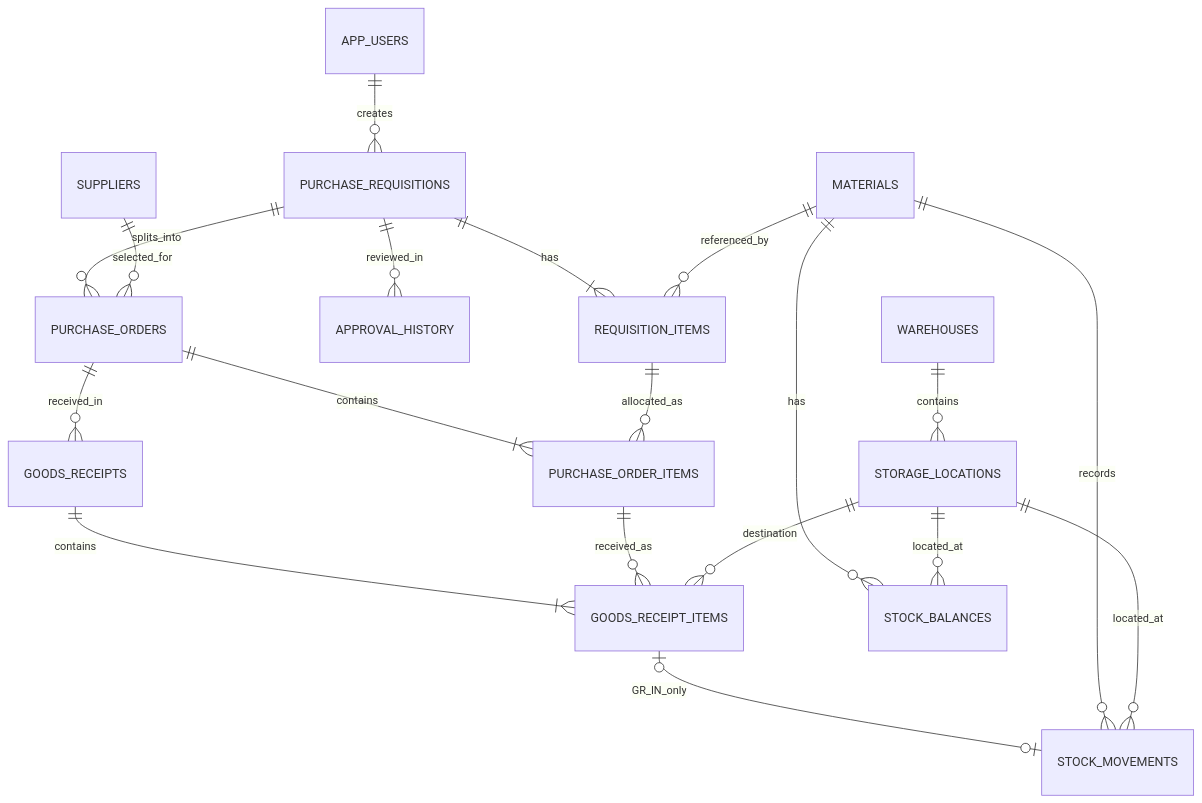
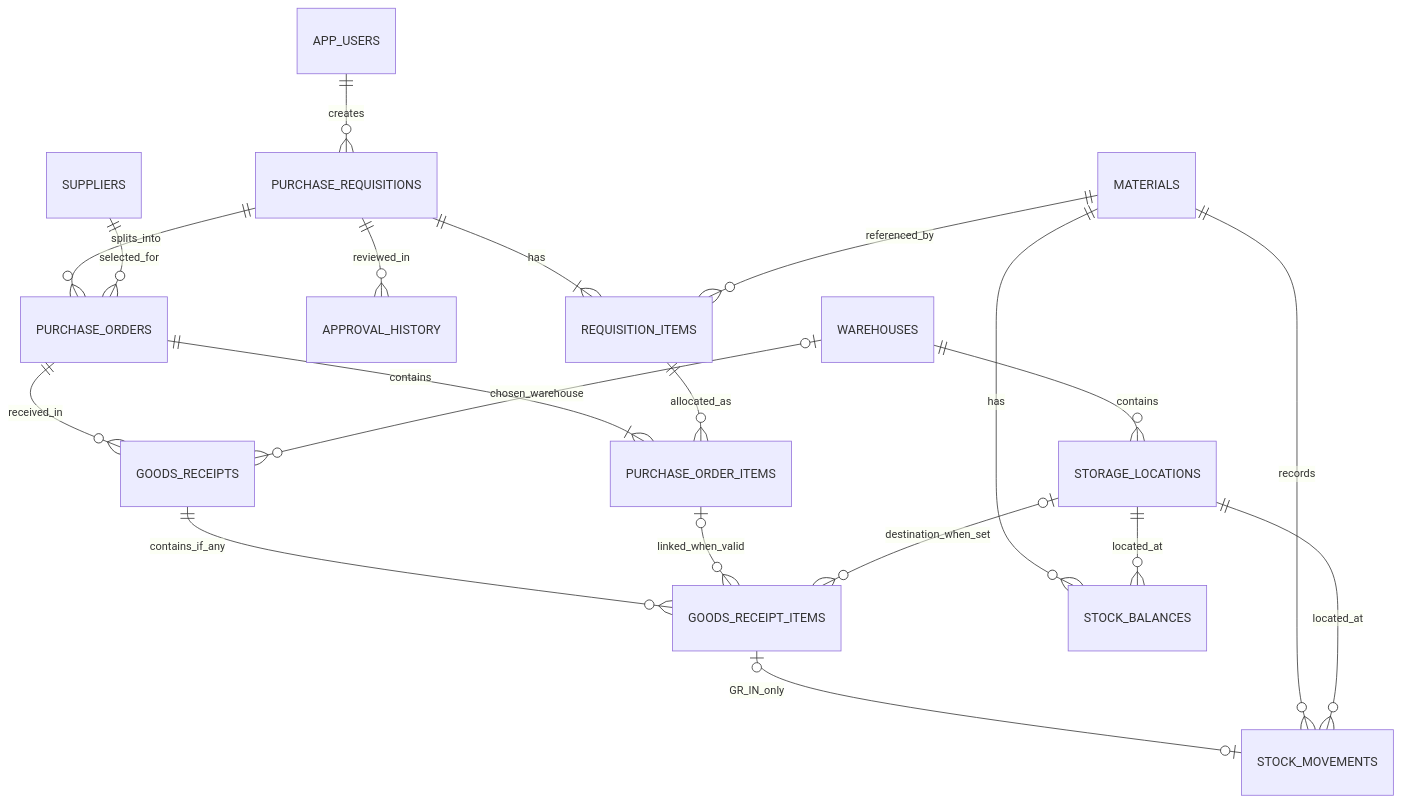
One commit to chagok-erp/chagok_docs changed the diagram in docs/database/ERD-core.mmd. Above: the diagram before and after it, drawn with Mermaid. The commit also changed 14 other files, not shown here.

```diff
--- a/docs/database/ERD-core.mmd
+++ b/docs/database/ERD-core.mmd
@@ -1,19 +1,21 @@
+%% v0.3: GR DRAFT/POSTED; GRItem same POItem multiple active locations; PRItem material repetition allowed; POSTED GRItem only creates StockMovement.
 erDiagram
     APP_USERS ||--o{ PURCHASE_REQUISITIONS : creates
     PURCHASE_REQUISITIONS ||--|{ REQUISITION_ITEMS : has
     MATERIALS ||--o{ REQUISITION_ITEMS : referenced_by
     PURCHASE_REQUISITIONS ||--o{ APPROVAL_HISTORY : reviewed_in
     PURCHASE_REQUISITIONS ||--o{ PURCHASE_ORDERS : splits_into
     SUPPLIERS ||--o{ PURCHASE_ORDERS : selected_for
     PURCHASE_ORDERS ||--|{ PURCHASE_ORDER_ITEMS : contains
     REQUISITION_ITEMS ||--o{ PURCHASE_ORDER_ITEMS : allocated_as
     PURCHASE_ORDERS ||--o{ GOODS_RECEIPTS : received_in
-    GOODS_RECEIPTS ||--|{ GOODS_RECEIPT_ITEMS : contains
-    PURCHASE_ORDER_ITEMS ||--o{ GOODS_RECEIPT_ITEMS : received_as
+    GOODS_RECEIPTS ||--o{ GOODS_RECEIPT_ITEMS : contains_if_any
+    PURCHASE_ORDER_ITEMS |o--o{ GOODS_RECEIPT_ITEMS : linked_when_valid
     WAREHOUSES ||--o{ STORAGE_LOCATIONS : contains
-    STORAGE_LOCATIONS ||--o{ GOODS_RECEIPT_ITEMS : destination
+    WAREHOUSES |o--o{ GOODS_RECEIPTS : chosen_warehouse
+    STORAGE_LOCATIONS |o--o{ GOODS_RECEIPT_ITEMS : destination_when_set
     GOODS_RECEIPT_ITEMS o|--o| STOCK_MOVEMENTS : GR_IN_only
     MATERIALS ||--o{ STOCK_MOVEMENTS : records
     MATERIALS ||--o{ STOCK_BALANCES : has
     STORAGE_LOCATIONS ||--o{ STOCK_MOVEMENTS : located_at
     STORAGE_LOCATIONS ||--o{ STOCK_BALANCES : located_at
```
